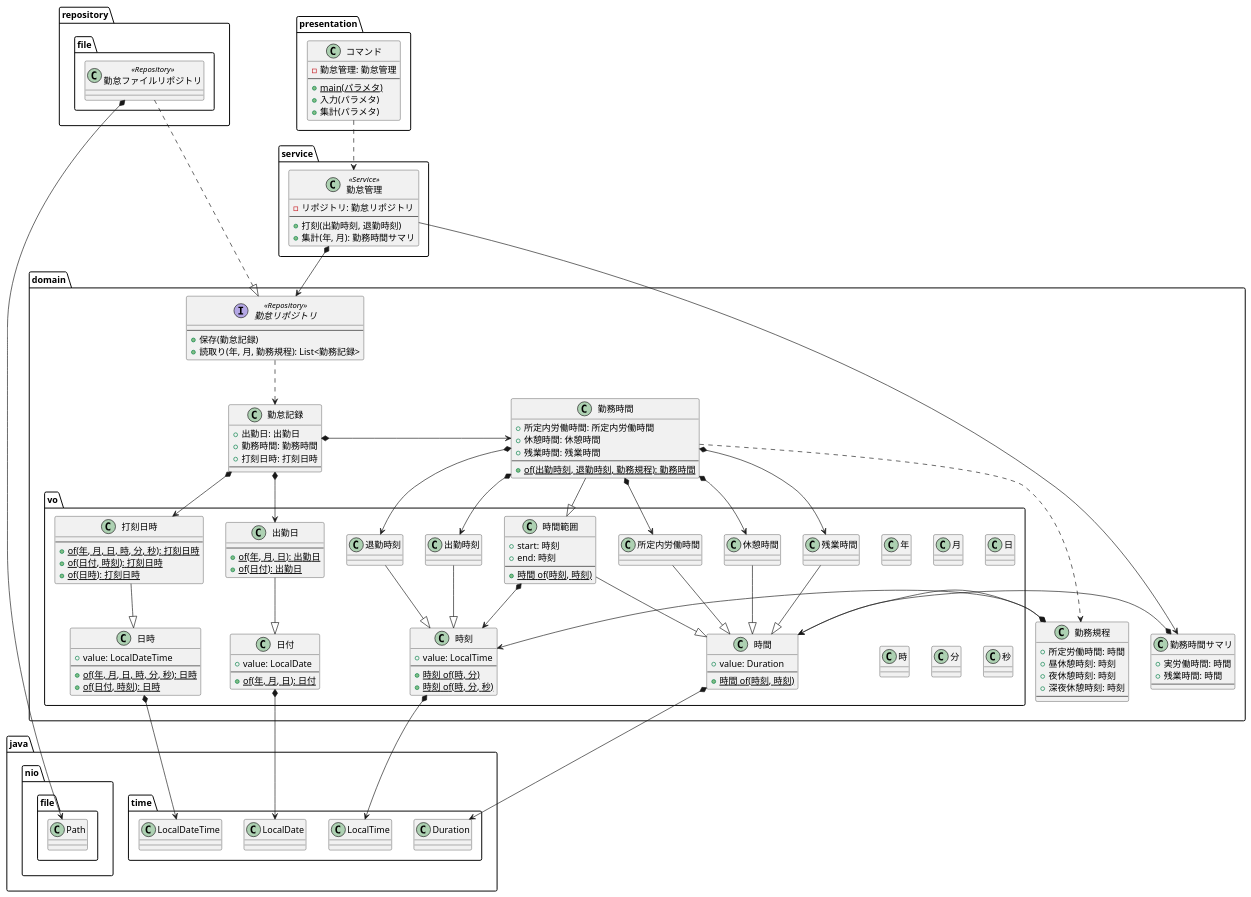
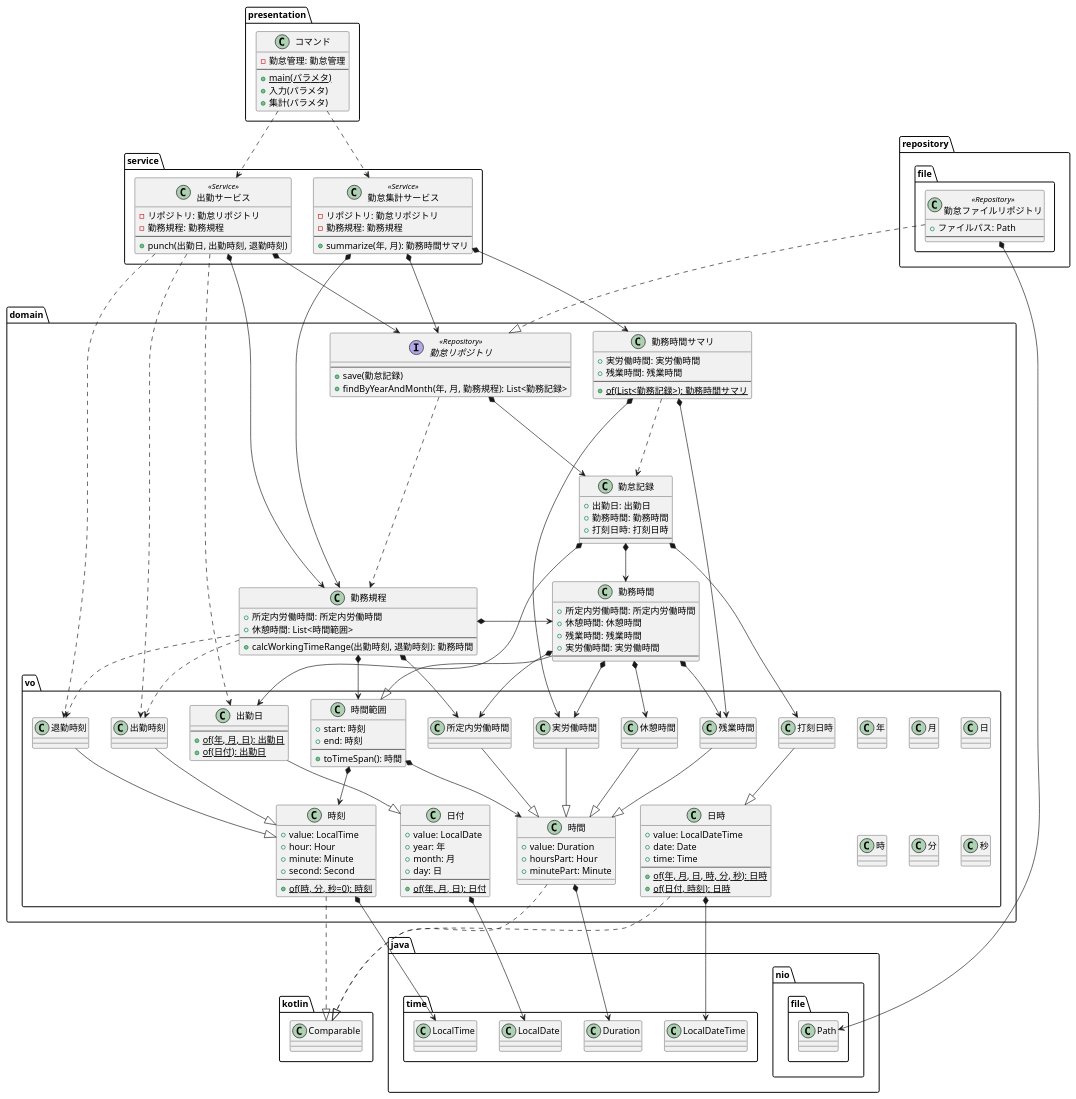
Before and after one commit to biglobe-isp/kintai: the diagram in spec/logical-models.puml, drawn with PlantUML. The commit also changed 4 other files, not shown here.

```diff
--- a/spec/logical-models.puml
+++ b/spec/logical-models.puml
@@ -11,6 +11,10 @@
     class Duration
 }
 
+package kotlin {
+    class Comparable
+}
+
 package domain {
     package vo {
         class 年
@@ -22,6 +26,9 @@
 
         class 日付 {
           + value: LocalDate
+          + year: 年
+          + month: 月
+          + day: 日
           ----
           + {static} of(年, 月, 日): 日付
         }
@@ -29,35 +36,42 @@
 
         class 時刻 {
           + value: LocalTime
+          + hour: Hour
+          + minute: Minute
+          + second: Second
           ----
-          + {static} 時刻 of(時, 分)
-          + {static} 時刻 of(時, 分, 秒)
+          + {static} of(時, 分, 秒=0): 時刻
         }
+        時刻 ..|> Comparable
         時刻 *--> LocalTime
+
+        class 日時 {
+          + value: LocalDateTime
+          + date: Date
+          + time: Time
+          ----
+          + {static} of(年, 月, 日, 時, 分, 秒): 日時
+          + {static} of(日付, 時刻): 日時
+        }
+        日時 ..|> Comparable
+        日時 *--> LocalDateTime
 
         class 時間 {
           + value: Duration
-          ----
-          + {static} 時間 of(時刻, 時刻)
+          + hoursPart: Hour
+          + minutePart: Minute
         }
+        時間 ..|> Comparable
         時間 *--> Duration
 
         class 時間範囲 {
           + start: 時刻
           + end: 時刻
           ----
-          + {static} 時間 of(時刻, 時刻)
+          + toTimeSpan(): 時間
         }
-        時間範囲 --|> 時間
         時間範囲 *--> 時刻
-
-        class 日時 {
-          + value: LocalDateTime
-          ----
-          + {static} of(年, 月, 日, 時, 分, 秒): 日時
-          + {static} of(日付, 時刻): 日時
-        }
-        日時 *--> LocalDateTime
+        時間範囲 *--> 時間
 
         class 出勤日 {
           ----
@@ -72,6 +86,9 @@
         class 退勤時刻
         退勤時刻 --|> 時刻
 
+        class 打刻日時
+        打刻日時 --|> 日時
+
         class 所定内労働時間
         所定内労働時間 --|> 時間
 
@@ -81,46 +98,44 @@
         class 休憩時間
         休憩時間 --|> 時間
 
-        class 打刻日時 {
-          ----
-          + {static} of(年, 月, 日, 時, 分, 秒): 打刻日時
-          + {static} of(日付, 時刻): 打刻日時
-          + {static} of(日時): 打刻日時
-        }
-        打刻日時 --|> 日時
+        class 実労働時間
+        実労働時間 --|> 時間
     }
-
-    class 勤務時間サマリ {
-      + 実労働時間: 時間
-      + 残業時間: 時間
-      ----
-    }
-    勤務時間サマリ *-> 時間
 
     class 勤務時間 {
       + 所定内労働時間: 所定内労働時間
       + 休憩時間: 休憩時間
       + 残業時間: 残業時間
+      + 実労働時間: 実労働時間
       ----
-      + {static} of(出勤時刻, 退勤時刻, 勤務規程): 勤務時間
     }
     勤務時間 --|> 時間範囲
     勤務時間 *--> 所定内労働時間
     勤務時間 *--> 休憩時間
     勤務時間 *--> 残業時間
-    勤務時間 *--> 出勤時刻
-    勤務時間 *--> 退勤時刻
-    勤務時間 ..> 勤務規程
+    勤務時間 *--> 実労働時間
+
+    class 勤務時間サマリ {
+      + 実労働時間: 実労働時間
+      + 残業時間: 残業時間
+      ----
+      + {static} of(List<勤務記録>): 勤務時間サマリ
+    }
+    勤務時間サマリ *---> 実労働時間
+    勤務時間サマリ *---> 残業時間
+    勤務時間サマリ ...> 勤怠記録
 
     class 勤務規程 {
-      + 所定労働時間: 時間
-      + 昼休憩時刻: 時刻
-      + 夜休憩時刻: 時刻
-      + 深夜休憩時刻: 時刻
+      + 所定内労働時間: 所定内労働時間
+      + 休憩時間: List<時間範囲>
       ----
+      + calcWorkingTimeRange(出勤時刻, 退勤時刻): 勤務時間
     }
-    勤務規程 *-> 時間
-    勤務規程 *-> 時刻
+    勤務規程 *--> 所定内労働時間
+    勤務規程 *--> 時間範囲
+    勤務規程 ..> 出勤時刻
+    勤務規程 ..> 退勤時刻
+    勤務規程 *-> 勤務時間
 
     class 勤怠記録 {
       + 出勤日: 出勤日
@@ -129,30 +144,47 @@
       ----
     }
     勤怠記録 *--> 出勤日
-    勤怠記録 *-> 勤務時間
     勤怠記録 *--> 打刻日時
+    勤怠記録 *--> 勤務時間
 
     interface 勤怠リポジトリ <<Repository>> {
       ----
-      + 保存(勤怠記録)
-      + 読取り(年, 月, 勤務規程): List<勤務記録>
+      + save(勤怠記録)
+      + findByYearAndMonth(年, 月, 勤務規程): List<勤務記録>
     }
-    勤怠リポジトリ ..> 勤怠記録
+    勤怠リポジトリ *---> 勤怠記録
+    勤怠リポジトリ .> 勤務規程
 }
 
 package service {
-    class 勤怠管理 <<Service>> {
+    class 出勤サービス <<Service>> {
       - リポジトリ: 勤怠リポジトリ
+      - 勤務規程: 勤務規程
       ----
-      + 打刻(出勤時刻, 退勤時刻)
-      + 集計(年, 月): 勤務時間サマリ
+      + punch(出勤日, 出勤時刻, 退勤時刻)
     }
-    勤怠管理 *--> 勤怠リポジトリ
-    勤怠管理 --> 勤務時間サマリ
+    出勤サービス *---> 勤怠リポジトリ
+    出勤サービス *---> 勤務規程
+    出勤サービス ...> 出勤日
+    出勤サービス ...> 出勤時刻
+    出勤サービス ...> 退勤時刻
+
+    class 勤怠集計サービス <<Service>> {
+      - リポジトリ: 勤怠リポジトリ
+      - 勤務規程: 勤務規程
+      ----
+      + summarize(年, 月): 勤務時間サマリ
+    }
+    勤怠集計サービス *---> 勤怠リポジトリ
+    勤怠集計サービス *--> 勤務規程
+    勤怠集計サービス *---> 勤務時間サマリ
 }
 
 package repository.file {
-    class 勤怠ファイルリポジトリ <<Repository>>
+    class 勤怠ファイルリポジトリ <<Repository>> {
+      + ファイルパス: Path
+      ----
+    }
     勤怠ファイルリポジトリ ...|> 勤怠リポジトリ
     勤怠ファイルリポジトリ *--> Path
 }
@@ -166,7 +198,8 @@
     + 集計(パラメタ)
   }
 
-  コマンド ..> 勤怠管理
+  コマンド ..> 出勤サービス
+  コマンド ..> 勤怠集計サービス
 }
 
 @enduml
```
